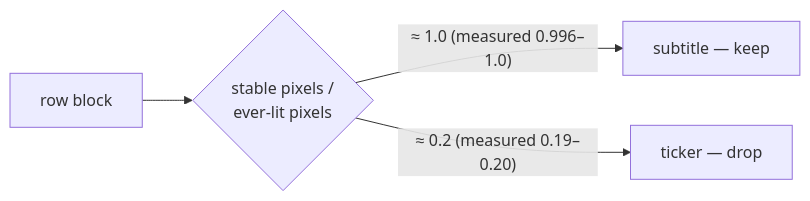
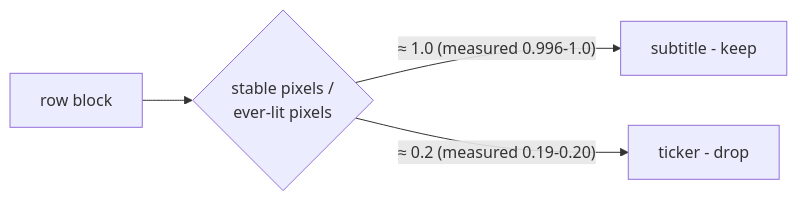
Before and after one commit to rahulshendre/Burn-in-subtitle-checker: the second of 2 diagrams in docs/STAGE1.md, drawn with Mermaid. The commit also changed other lines of this file and 42 other files, not shown here.

````diff
--- a/docs/STAGE1.md
+++ b/docs/STAGE1.md
@@ -96,6 +96,6 @@
 ```mermaid
 flowchart LR
     A["row block"] --> B{"stable pixels /<br/>ever-lit pixels"}
-    B -- "≈ 1.0 (measured 0.996–1.0)" --> C["subtitle — keep"]
-    B -- "≈ 0.2 (measured 0.19–0.20)" --> D["ticker — drop"]
+    B -- "≈ 1.0 (measured 0.996-1.0)" --> C["subtitle - keep"]
+    B -- "≈ 0.2 (measured 0.19-0.20)" --> D["ticker - drop"]
 ```
````
